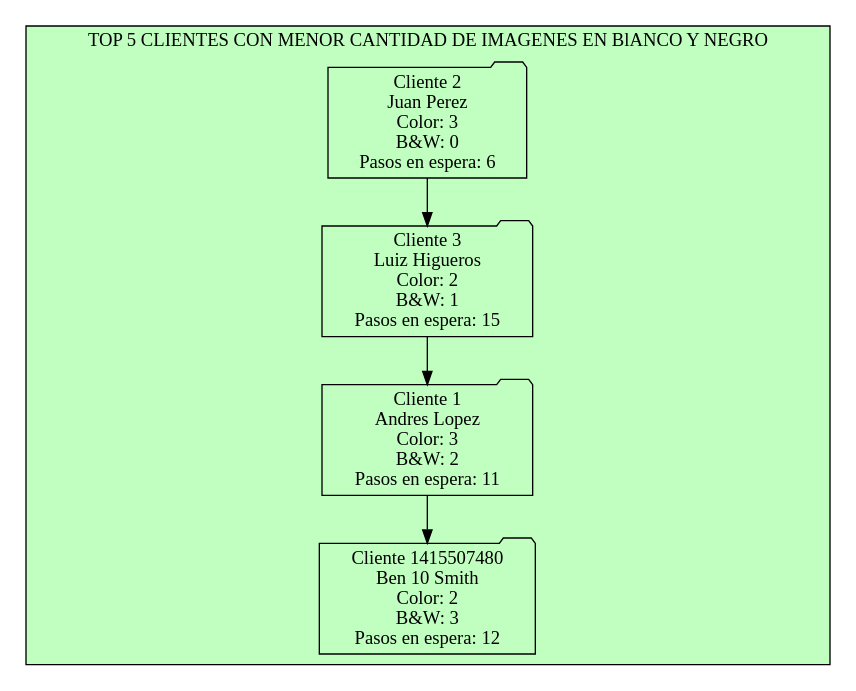
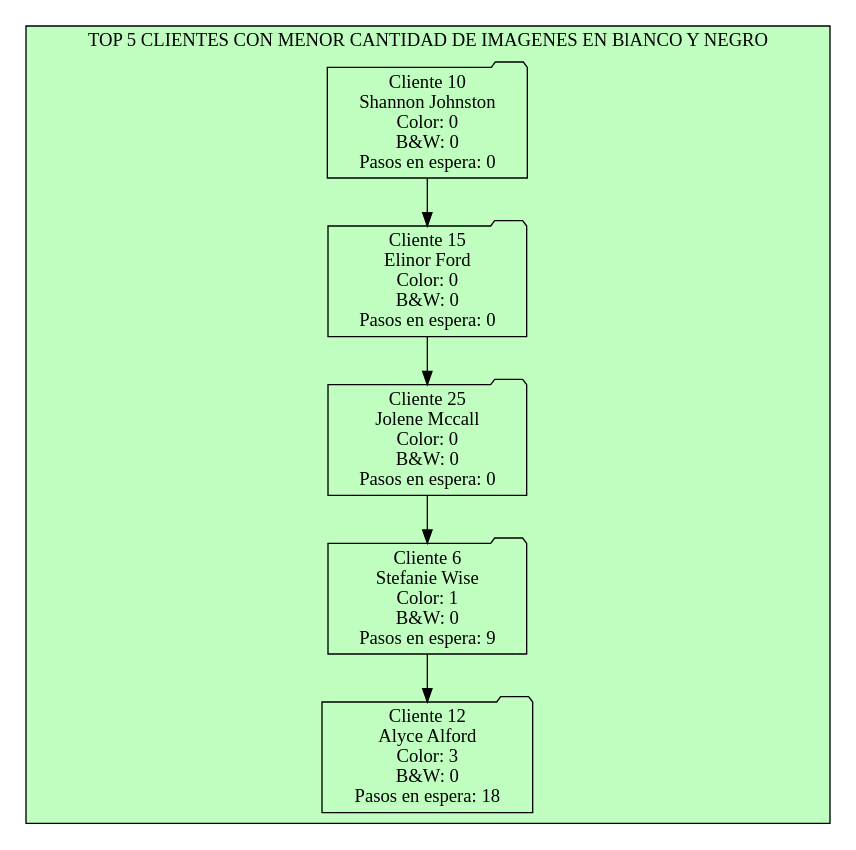
Before and after one commit to diegomazariegos2002/EDD_UDRAWING_FASE_202003975: the diagram in EDD_UDRAWING_FASE_202003975/Top5_ImagenesBw.dot, drawn with Graphviz. The commit also changed 47 other files, not shown here.

```diff
--- a/EDD_UDRAWING_FASE_202003975/Top5_ImagenesBw.dot
+++ b/EDD_UDRAWING_FASE_202003975/Top5_ImagenesBw.dot
@@ -1,14 +1,16 @@
 digraph G { 
 subgraph cluster_ClientesTOP{ 
 label="TOP 5 CLIENTES CON MENOR CANTIDAD DE IMAGENES EN BlANCO Y NEGRO"; 
 bgcolor="darkseagreen1"; 
 node[shape = box]; 
-Nodo2081191879[shape=folder label="Cliente 2\nJuan Perez \n Color: 3\n B&W: 0\nPasos en espera: 6"];
-Nodo2061347276[shape=folder label="Cliente 3\nLuiz Higueros \n Color: 2\n B&W: 1\nPasos en espera: 15"];
-Nodo1559122513[shape=folder label="Cliente 1\nAndres Lopez \n Color: 3\n B&W: 2\nPasos en espera: 11"];
-Nodo1128096251[shape=folder label="Cliente 1415507480\nBen 10 Smith \n Color: 2\n B&W: 3\nPasos en espera: 12"];
-Nodo2081191879 -> Nodo2061347276 
-Nodo2061347276 -> Nodo1559122513 
-Nodo1559122513 -> Nodo1128096251 
+Nodo1990160809[shape=folder label="Cliente 10\nShannon Johnston \n Color: 0\n B&W: 0\nPasos en espera: 0"];
+Nodo1285524499[shape=folder label="Cliente 15\nElinor Ford \n Color: 0\n B&W: 0\nPasos en espera: 0"];
+Nodo1524960486[shape=folder label="Cliente 25\nJolene Mccall \n Color: 0\n B&W: 0\nPasos en espera: 0"];
+Nodo117009527[shape=folder label="Cliente 6\nStefanie Wise \n Color: 1\n B&W: 0\nPasos en espera: 9"];
+Nodo199640888[shape=folder label="Cliente 12\nAlyce Alford \n Color: 3\n B&W: 0\nPasos en espera: 18"];
+Nodo1990160809 -> Nodo1285524499 
+Nodo1285524499 -> Nodo1524960486 
+Nodo1524960486 -> Nodo117009527 
+Nodo117009527 -> Nodo199640888 
 }rankdir = TB;
 }
```
